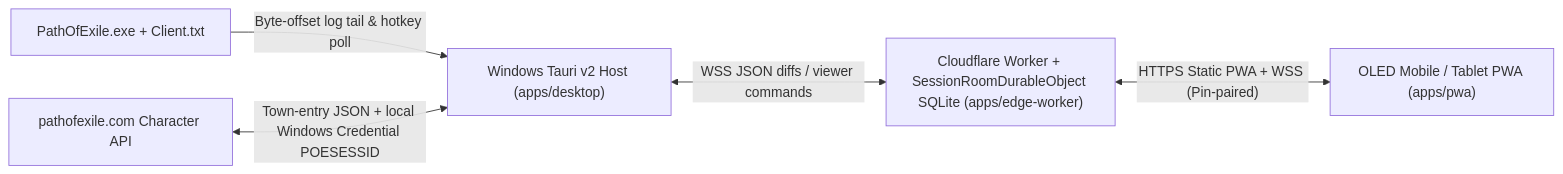
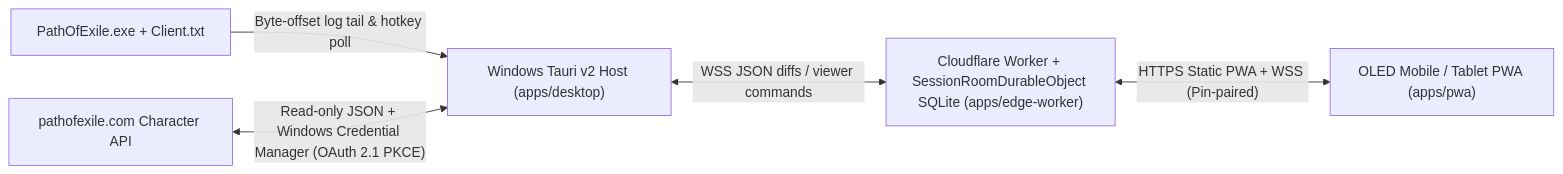
One commit to Srlimao/ExileBuildComppanion changed the diagram in README.md. Above: the diagram before and after it, drawn with Mermaid. The commit also changed other lines of this file and 6 other files, not shown here.

````diff
--- a/README.md
+++ b/README.md
@@ -54,7 +54,7 @@
 ```mermaid
 flowchart LR
   POE["PathOfExile.exe + Client.txt"] -->|"Byte-offset log tail & hotkey poll"| Host["Windows Tauri v2 Host (apps/desktop)"]
-  GGG["pathofexile.com Character API"] <-->|"Town-entry JSON + local Windows Credential POESESSID"| Host
+  GGG["pathofexile.com Character API"] <-->|"Read-only JSON + Windows Credential Manager (OAuth 2.1 PKCE)"| Host
   Host <-->|"WSS JSON diffs / viewer commands"| Edge["Cloudflare Worker + SessionRoomDurableObject SQLite (apps/edge-worker)"]
   Edge <-->|"HTTPS Static PWA + WSS (Pin-paired)"| PWA["OLED Mobile / Tablet PWA (apps/pwa)"]
 ```
````
